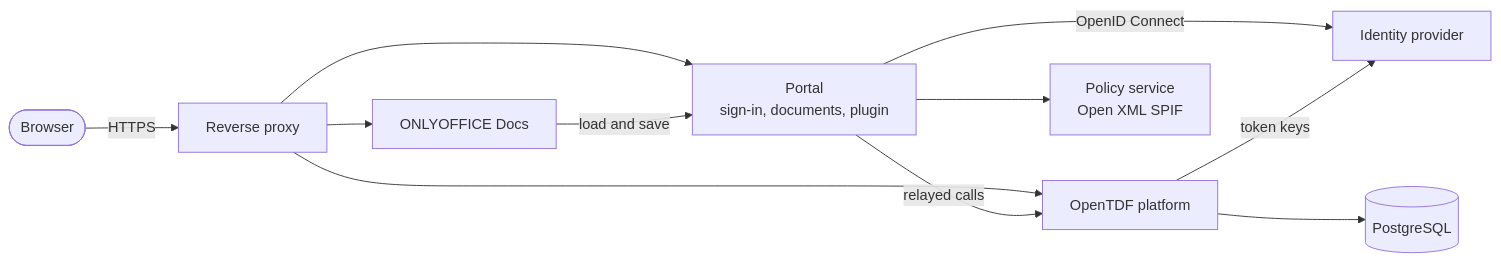
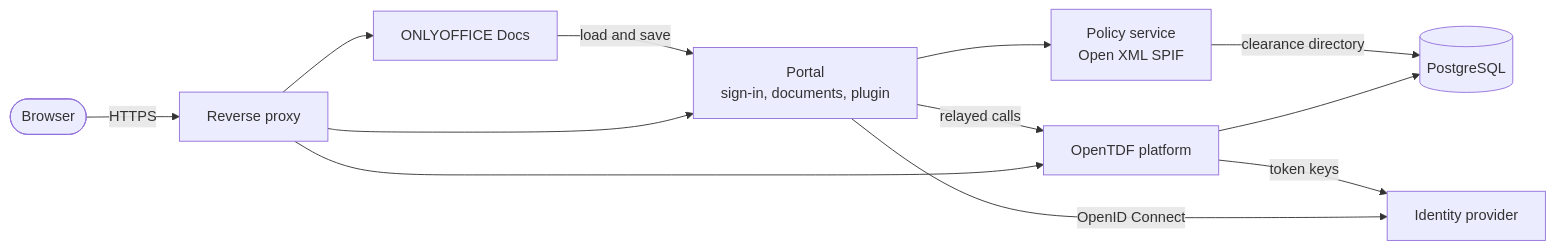
Before and after one commit to linagora/dcs-onlyoffice: the diagram in README.md, drawn with Mermaid. The commit also changed other lines of this file and 22 other files, not shown here.

First line of the commit message:
feat(policy): Keep clearances in a directory that OpenTDF reads

````diff
--- a/README.md
+++ b/README.md
@@ -69,13 +69,14 @@
 ```mermaid
 flowchart LR
   user([Browser]) -->|HTTPS| proxy[Reverse proxy]
   proxy --> portal[Portal<br/>sign-in, documents, plugin]
   proxy --> docs[ONLYOFFICE Docs]
   proxy --> tdf[OpenTDF platform]
   portal --> policy[Policy service<br/>Open XML SPIF]
   portal -->|relayed calls| tdf
   docs -->|load and save| portal
   portal -->|OpenID Connect| idp[Identity provider]
   tdf -->|token keys| idp
   tdf --> db[(PostgreSQL)]
+  policy -->|clearance directory| db
 ```
````
